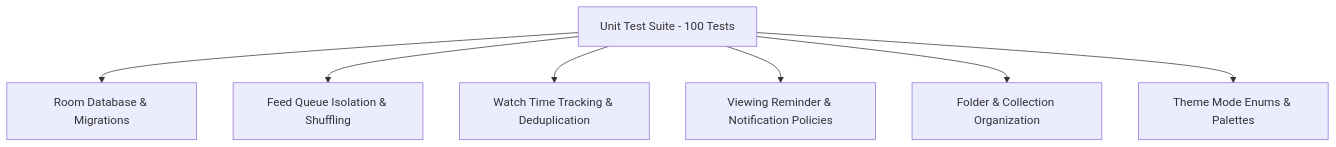
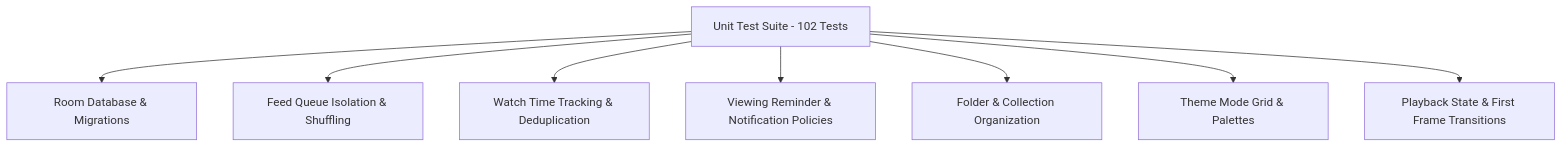
One commit to binaykushwaha1244/ZUNO changed the diagram in docs/TESTING.md. Above: the diagram before and after it, drawn with Mermaid. The commit also changed other lines of this file and 16 other files, not shown here.

````diff
--- a/docs/TESTING.md
+++ b/docs/TESTING.md
@@ -11,9 +11,10 @@
 ```mermaid
 graph TD
-    A[Unit Test Suite - 100 Tests] --> B[Room Database & Migrations]
+    A[Unit Test Suite - 102 Tests] --> B[Room Database & Migrations]
     A --> C[Feed Queue Isolation & Shuffling]
     A --> D[Watch Time Tracking & Deduplication]
     A --> E[Viewing Reminder & Notification Policies]
     A --> F[Folder & Collection Organization]
-    A --> G[Theme Mode Enums & Palettes]
+    A --> G[Theme Mode Grid & Palettes]
+    A --> H[Playback State & First Frame Transitions]
 ```
````
